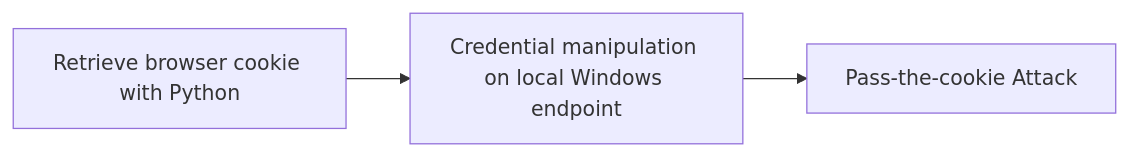
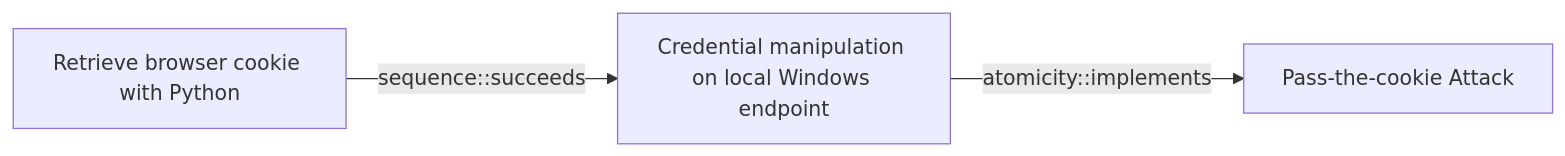
The diagram in docs/threats/retrieve-browser-cookie-with-python.md (opentidehq/library), drawn with Mermaid before and after one commit. The commit also changed other lines of this file and 277 other files, not shown here.

````diff
--- a/docs/threats/retrieve-browser-cookie-with-python.md
+++ b/docs/threats/retrieve-browser-cookie-with-python.md
@@ -84,8 +118,8 @@
 ```mermaid
 flowchart LR
 b5e8300c_6887_48c2_a18d_e3d910478fe8["Retrieve browser cookie with Python"]
 ec8201d4_c135_406b_a3b5_4a070e80a2ee["Credential manipulation on local Windows endpoint"]
 b0d6bf74_b204_4a48_9509_4499ed795771["Pass-the-cookie Attack"]
-b5e8300c_6887_48c2_a18d_e3d910478fe8 --> ec8201d4_c135_406b_a3b5_4a070e80a2ee
-ec8201d4_c135_406b_a3b5_4a070e80a2ee --> b0d6bf74_b204_4a48_9509_4499ed795771
+b5e8300c_6887_48c2_a18d_e3d910478fe8 -->|sequence::succeeds| ec8201d4_c135_406b_a3b5_4a070e80a2ee
+ec8201d4_c135_406b_a3b5_4a070e80a2ee -->|atomicity::implements| b0d6bf74_b204_4a48_9509_4499ed795771
 ```
````
